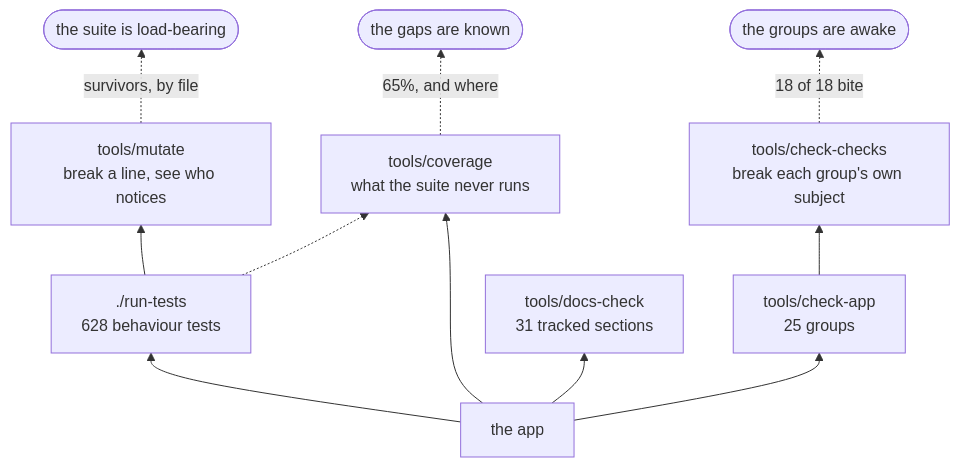
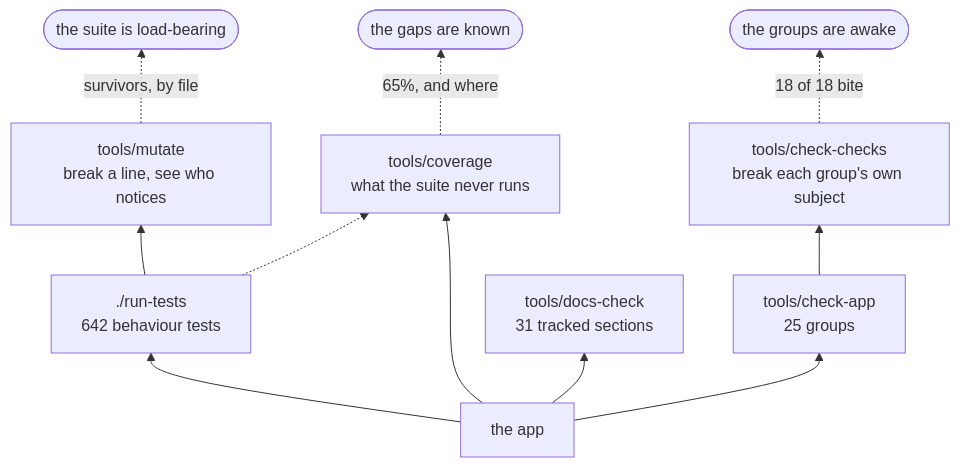
Before and after one commit to minormending/crystal-pilot-mobile: the second of 2 diagrams in docs/DEVELOPING.md, drawn with Mermaid. The commit also changed other lines of this file and 8 other files, not shown here.

````diff
--- a/docs/DEVELOPING.md
+++ b/docs/DEVELOPING.md
@@ -124,13 +125,13 @@
 ```mermaid
 flowchart BT
-    C["the app"] --> T["./run-tests<br/>628 behaviour tests"]
+    C["the app"] --> T["./run-tests<br/>642 behaviour tests"]
     C --> A["tools/check-app<br/>25 groups"]
     C --> D["tools/docs-check<br/>31 tracked sections"]
     C --> V["tools/coverage<br/>what the suite never runs"]
     T --> M["tools/mutate<br/>break a line, see who notices"]
     A --> K["tools/check-checks<br/>break each group's own subject"]
     T -.-> V
     M -.->|"survivors, by file"| R(["the suite is load-bearing"])
     K -.->|"18 of 18 bite"| R2(["the groups are awake"])
     V -.->|"65%, and where"| R3(["the gaps are known"])
 ```
````
